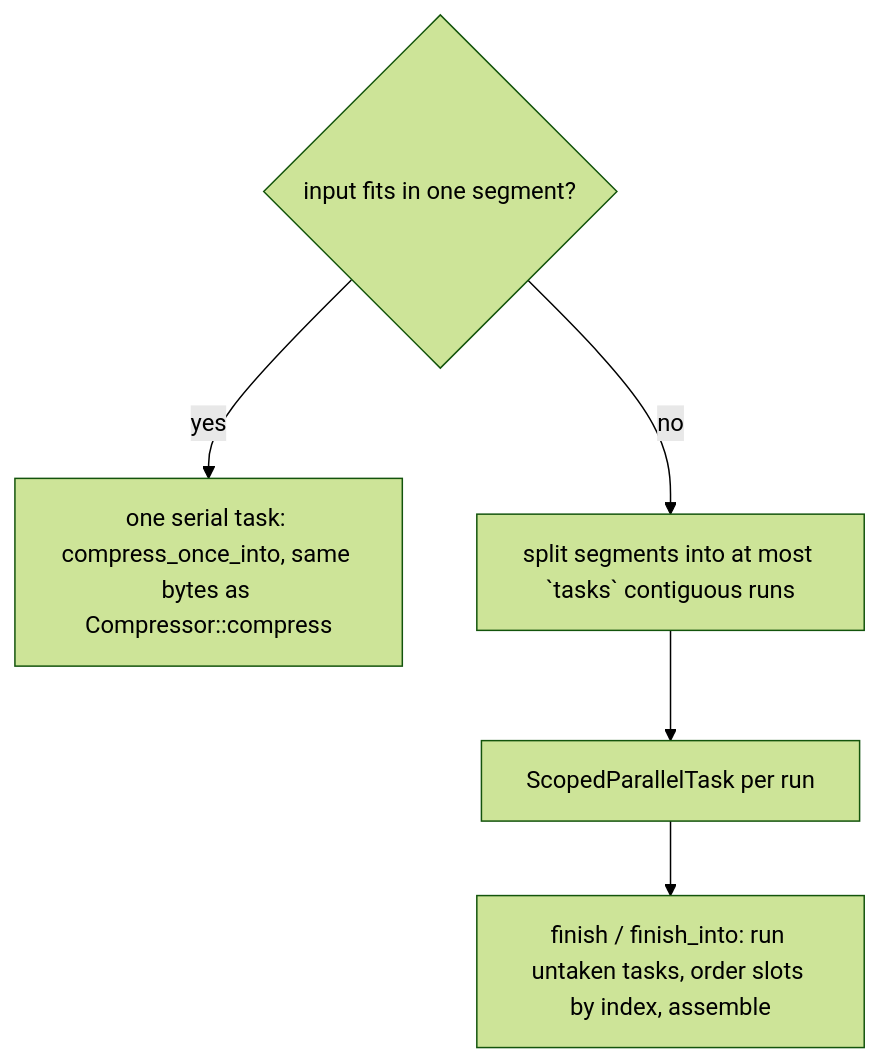
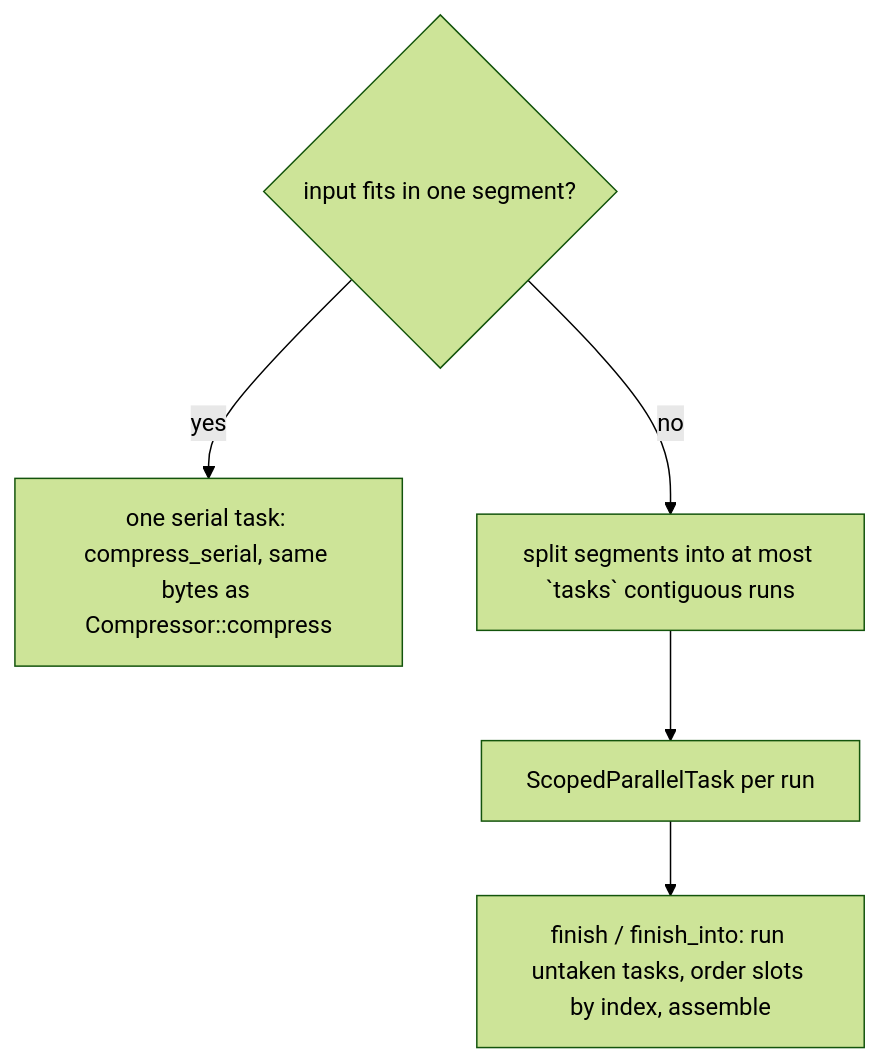
The fourth of 8 diagrams in architecture/parallel-compression.md (M-Compressors/mzstd), drawn with Mermaid (forest theme) before and after one commit. The commit also changed other lines of this file and 29 other files, not shown here.

````diff
--- a/architecture/parallel-compression.md
+++ b/architecture/parallel-compression.md
@@ -73,7 +82,7 @@
 ```mermaid
 flowchart TD
-    A{input fits in one segment?} -->|yes| S[one serial task: compress_once_into, same bytes as Compressor::compress]
+    A{input fits in one segment?} -->|yes| S[one serial task: compress_serial, same bytes as Compressor::compress]
     A -->|no| B[split segments into at most `tasks` contiguous runs]
     B --> T[ScopedParallelTask per run]
     T --> F["finish / finish_into: run untaken tasks, order slots by index, assemble"]
 ```
````
